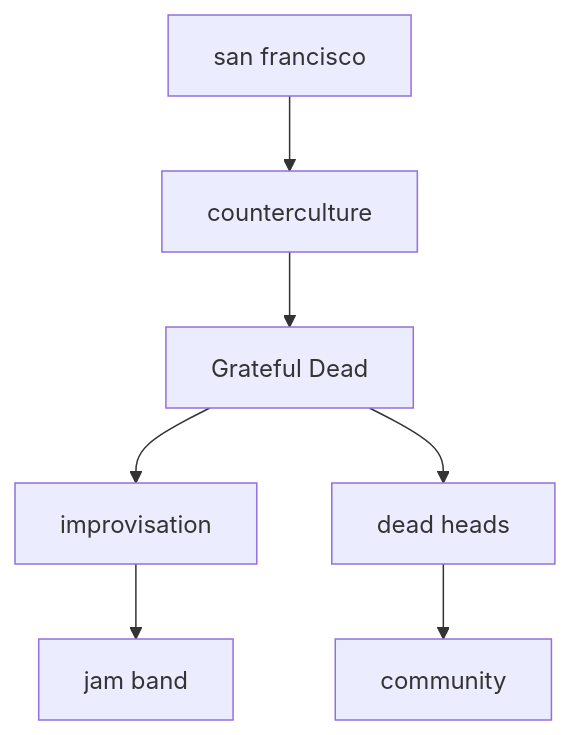
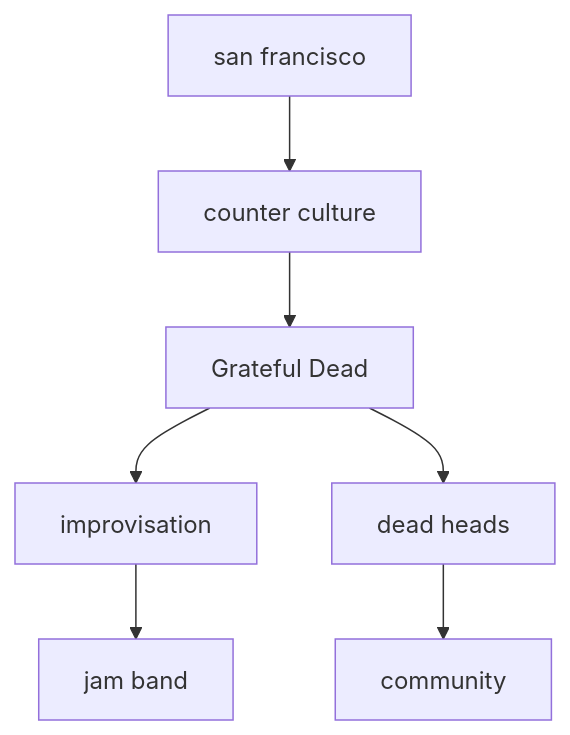
The second of 2 diagrams in en/_posts/2026-03-21-column-gratefuldead-sanfrancisco.md (monumental-movement/monumental-movement.github.io), drawn with Mermaid before and after one commit. The commit also changed other lines of this file and 419 other files, not shown here.

```diff
--- a/en/_posts/2026-03-21-column-gratefuldead-sanfrancisco.md
+++ b/en/_posts/2026-03-21-column-gratefuldead-sanfrancisco.md
@@ -226,9 +226,9 @@
 <div class="mermaid">
 graph TD
-    A[san francisco] --> B[counterculture]
+    A[san francisco] --> B[counter culture]
     B --> C[Grateful Dead]
     C --> D[improvisation]
     C --> E[dead heads]
     E --> F[community]
     D --> G[jam band]
 </div>
```
